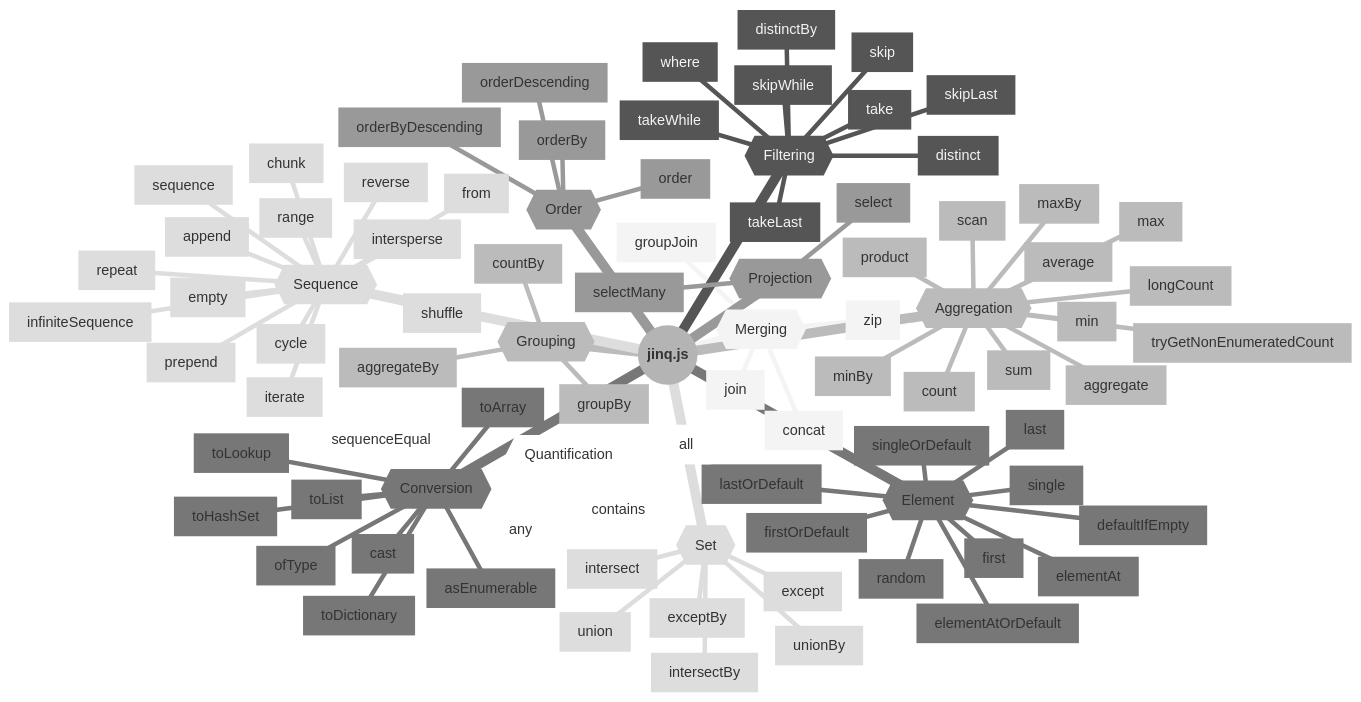
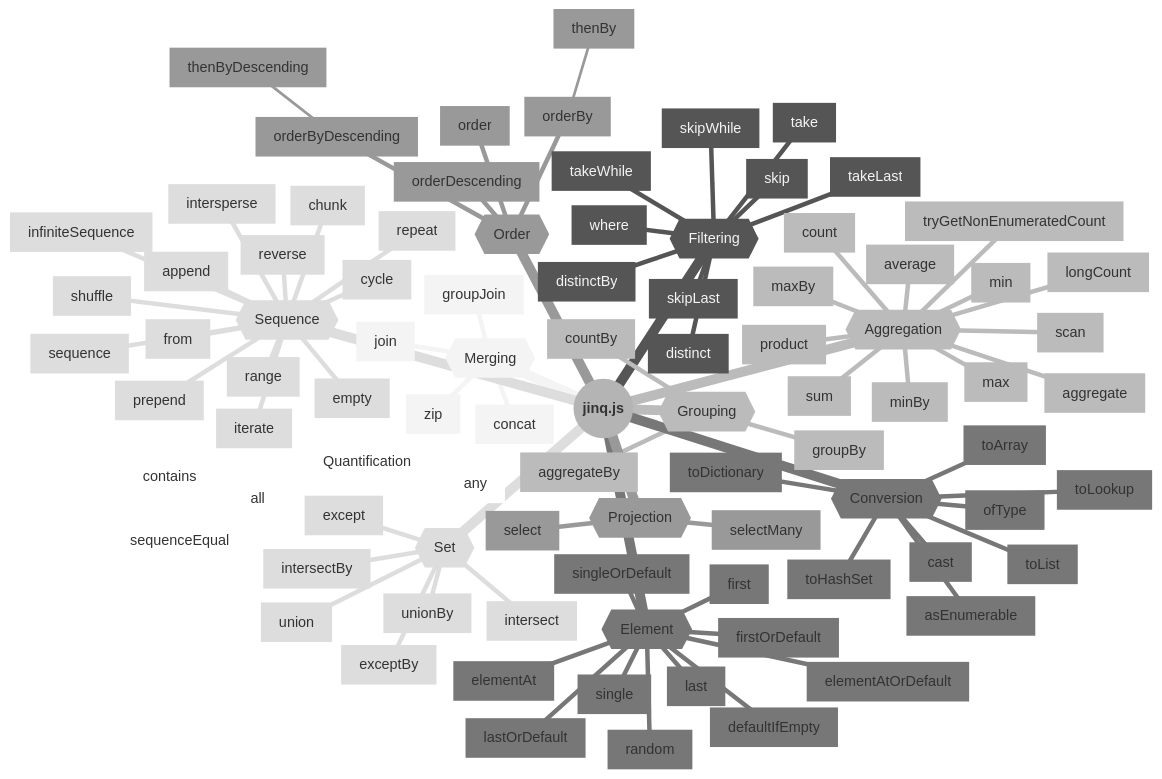
The diagram in README.md (A1rPun/jinq.js), drawn with Mermaid (neutral theme) before and after one commit. The commit also changed other lines of this file and 10 other files, not shown here.

```diff
--- a/README.md
+++ b/README.md
@@ -294,7 +297,9 @@
       [order]
       [orderDescending]
       [orderBy]
+        [thenBy]
       [orderByDescending]
+        [thenByDescending]
     {{Sequence}}
       [append]
       [chunk]
```
